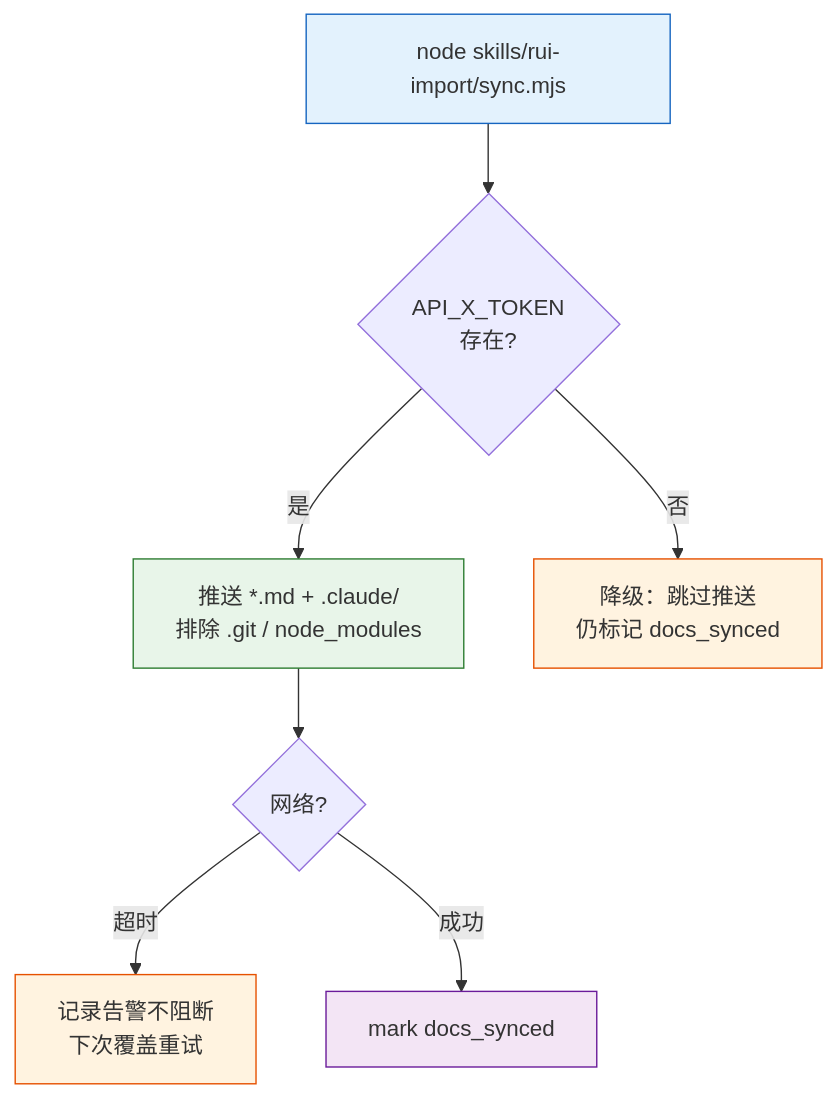
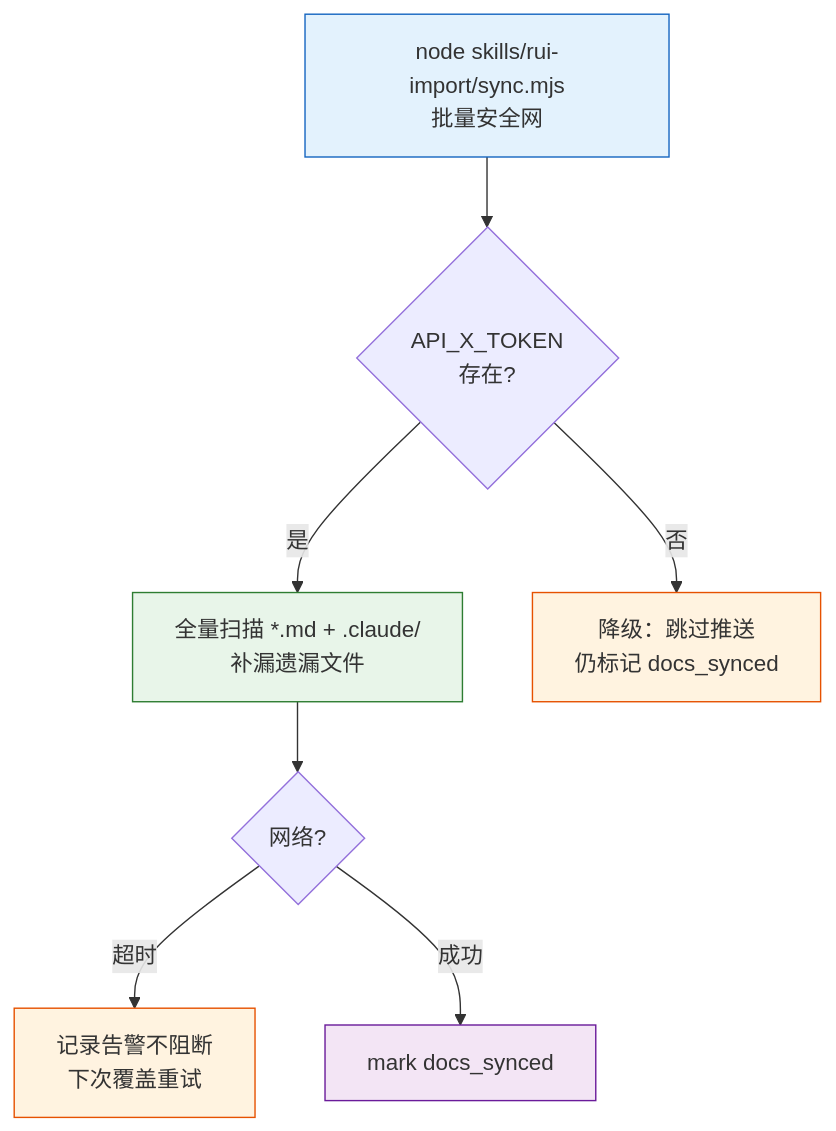
The fourth of 10 diagrams in rules/delivery-gate.md (effiy/YrY), drawn with Mermaid before and after one commit. The commit also changed other lines of this file and 3 other files, not shown here.

First line of the commit message:
feat: add per-document auto-import mechanism with import-doc.mjs helper

````diff
--- a/rules/delivery-gate.md
+++ b/rules/delivery-gate.md
@@ -105,14 +107,14 @@
 ```mermaid
 flowchart TD
-    SYNC["node skills/rui-import/sync.mjs"]:::step --> Q1{"API_X_TOKEN<br/>存在?"}
-    Q1 -->|"是"| PUSH["推送 *.md + .claude/<br/>排除 .git / node_modules"]:::push
+    SYNC["node skills/rui-import/sync.mjs<br/>批量安全网"]:::step --> Q1{"API_X_TOKEN<br/>存在?"}
+    Q1 -->|"是"| PUSH["全量扫描 *.md + .claude/<br/>补漏遗漏文件"]:::push
     Q1 -->|"否"| NOOP["降级：跳过推送<br/>仍标记 docs_synced"]:::warn
     PUSH --> Q2{"网络?"}
     Q2 -->|"超时"| WARN["记录告警不阻断<br/>下次覆盖重试"]:::warn
     Q2 -->|"成功"| MARK["mark docs_synced"]:::mark
 
     classDef step fill:#e3f2fd,stroke:#1565c0;
     classDef push fill:#e8f5e9,stroke:#2e7d32;
     classDef warn fill:#fff3e0,stroke:#e65100;
     classDef mark fill:#f3e5f5,stroke:#6a1b9a;
 ```
````
